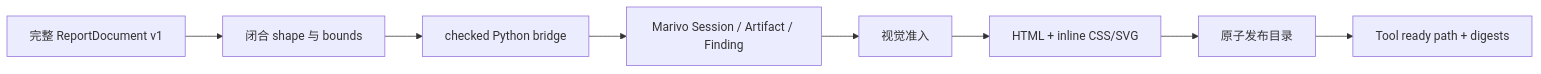
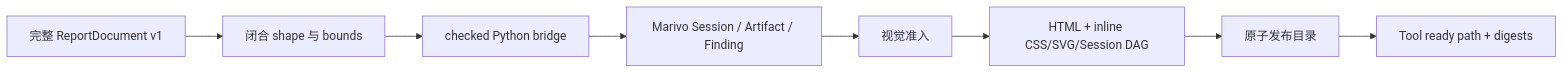
The diagram in docs/modules/html-report-rendering.md (chengxianglibra/dsh-data-analysis), drawn with Mermaid before and after one commit. The commit also changed other lines of this file and 12 other files, not shown here.

First line of the commit message:
feat: render HTML report session DAG

````diff
--- a/docs/modules/html-report-rendering.md
+++ b/docs/modules/html-report-rendering.md
@@ -16,10 +16,10 @@
 ```mermaid
 flowchart LR
   D[完整 ReportDocument v1] --> P[闭合 shape 与 bounds]
   P --> B[checked Python bridge]
   B --> M[Marivo Session / Artifact / Finding]
   M --> V[视觉准入]
-  V --> H[HTML + inline CSS/SVG]
+  V --> H[HTML + inline CSS/SVG/Session DAG]
   H --> A[原子发布目录]
   A --> T[Tool ready path + digests]
 ```
````
